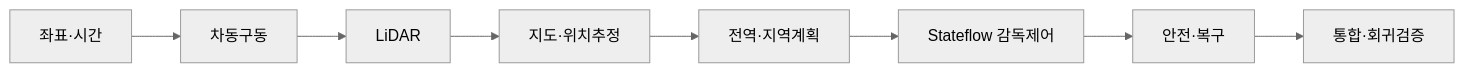
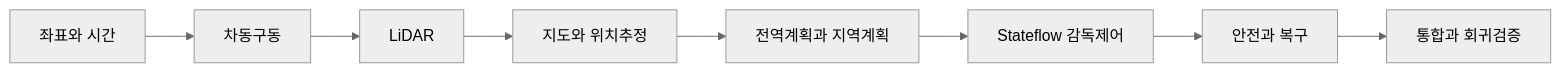
Before and after one commit to genie4youu/genie4youu.github.io: the diagram in _posts/amr/2026-07-23-00-amr-series.md, drawn with Mermaid (neutral theme). The commit also changed other lines of this file and 100 other files, not shown here.

````diff
--- a/_posts/amr/2026-07-23-00-amr-series.md
+++ b/_posts/amr/2026-07-23-00-amr-series.md
@@ -21,10 +21,10 @@
 ```mermaid
 flowchart LR
-    A["좌표·시간"] --> B["차동구동"]
+    A["좌표와 시간"] --> B["차동구동"]
     B --> C["LiDAR"]
-    C --> D["지도·위치추정"]
-    D --> E["전역·지역계획"]
+    C --> D["지도와 위치추정"]
+    D --> E["전역계획과 지역계획"]
     E --> F["Stateflow 감독제어"]
-    F --> G["안전·복구"]
-    G --> H["통합·회귀검증"]
+    F --> G["안전과 복구"]
+    G --> H["통합과 회귀검증"]
 ```
````
